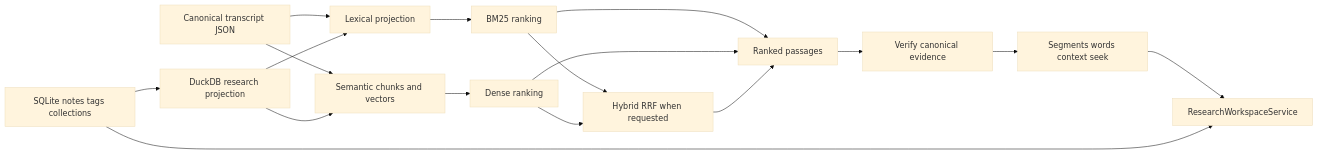
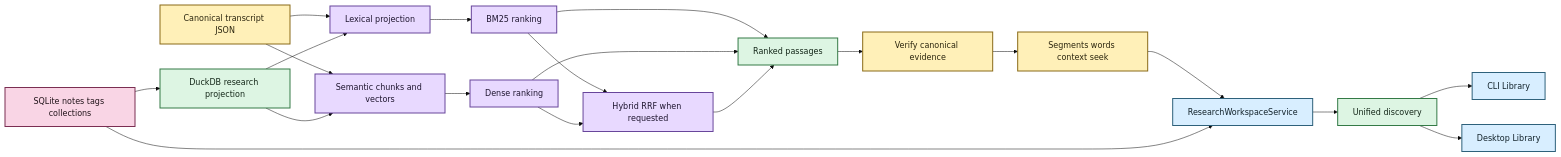
Before and after one commit to SSD1805/EchoFlow: the first of 2 diagrams in docs/architecture/corpus-search.md, drawn with Mermaid (base theme). The commit also changed other lines of this file, not shown here.

Commit message:
docs: refresh corpus search for discovery and desktop UI

````diff
--- a/docs/architecture/corpus-search.md
+++ b/docs/architecture/corpus-search.md
@@ -29,19 +30,34 @@
 ```mermaid
 flowchart LR
     A[Canonical transcript JSON] --> B[Lexical projection]
     A --> C[Semantic chunks and vectors]
     B --> D[BM25 ranking]
     C --> E[Dense ranking]
     D --> F[Hybrid RRF when requested]
     E --> F
     D --> G[Ranked passages]
     E --> G
     F --> G
     G --> H[Verify canonical evidence]
     H --> I[Segments words context seek]
     J[SQLite notes tags collections] --> K[DuckDB research projection]
     K --> B
     K --> C
     I --> L[ResearchWorkspaceService]
     J --> L
+    L --> M[Unified discovery]
+    M --> N[CLI Library]
+    M --> O[Desktop Library]
+
+    classDef source fill:#F9D5E5,stroke:#7B2E52,stroke-width:2px,color:#22151B
+    classDef process fill:#E8D9FF,stroke:#68469B,stroke-width:2px,color:#1F1630
+    classDef evidence fill:#FFF0B8,stroke:#8A6B18,stroke-width:2px,color:#2C260F
+    classDef view fill:#DDF5E3,stroke:#347A46,stroke-width:2px,color:#142719
+    classDef inspect fill:#D8EEFF,stroke:#2E617B,stroke-width:2px,color:#12222A
+
+    class A,H,I evidence
+    class B,C,D,E,F process
+    class G,K,M view
+    class J source
+    class L,N,O inspect
 ```
````
